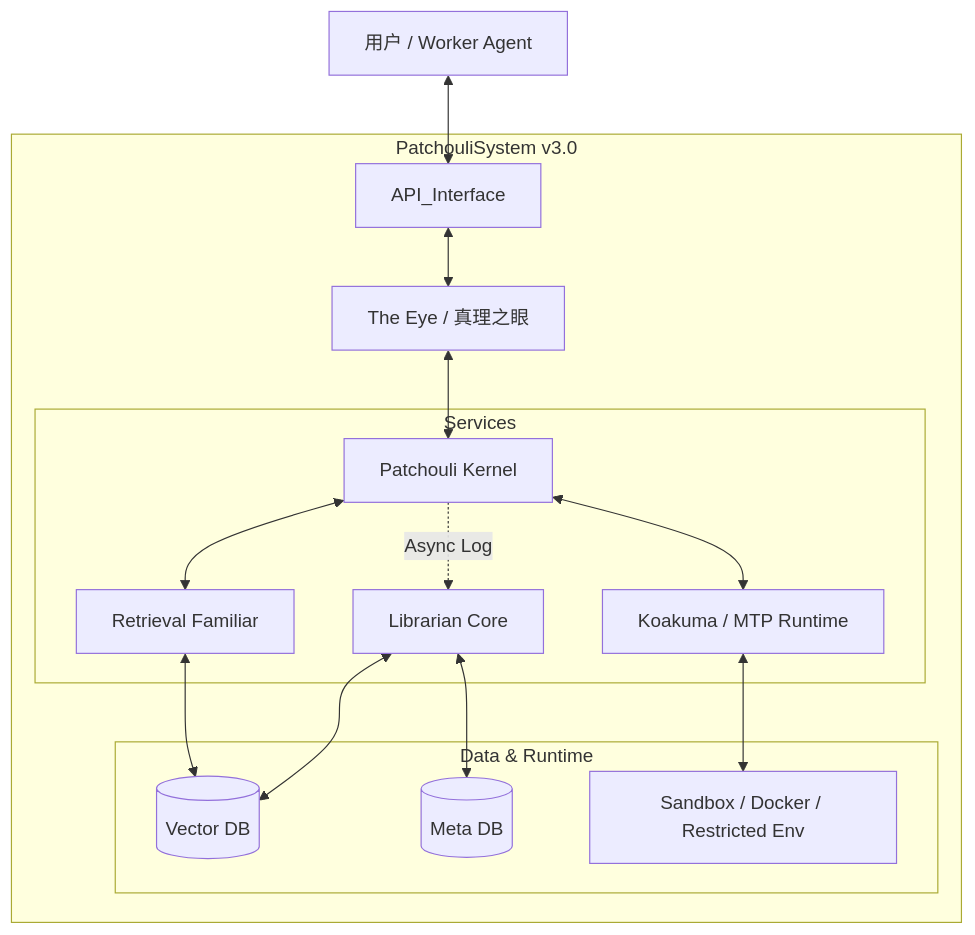
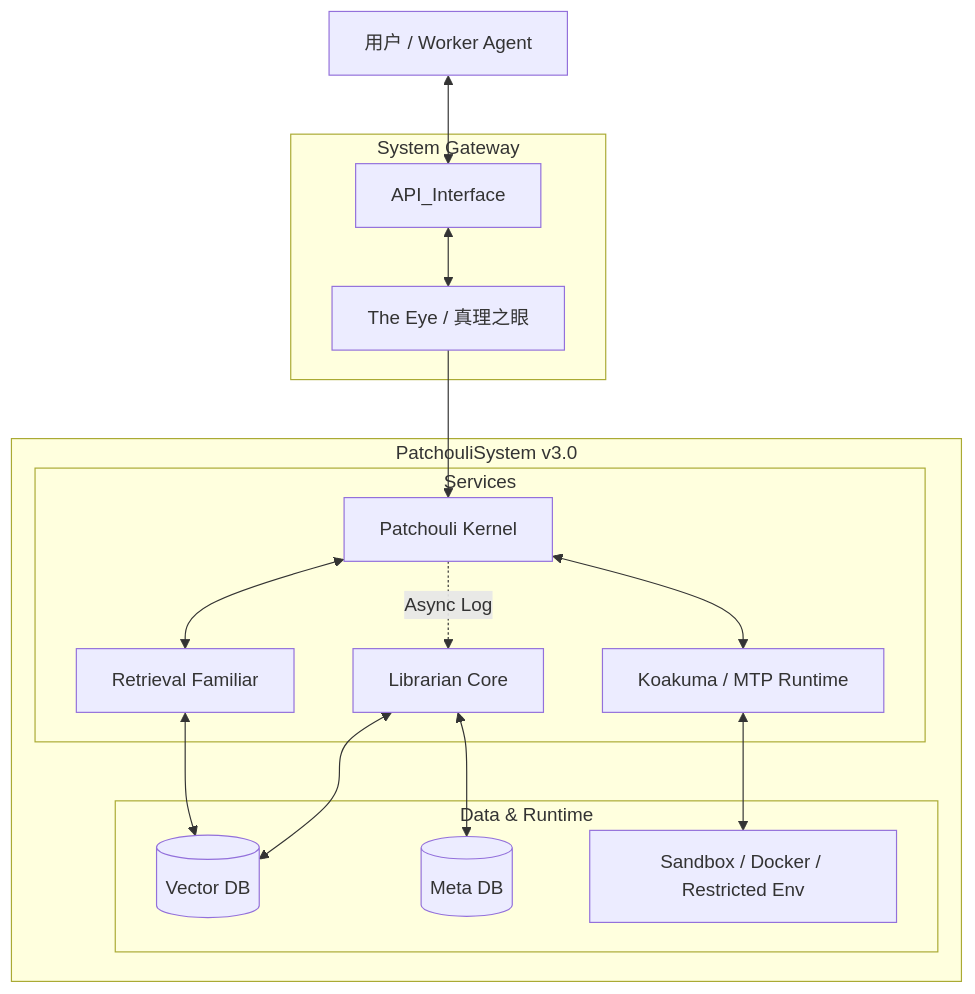
One commit to artemis03976/HiveMemory changed the diagram in docs/architecture/evolution/SystemArchitecture_v3.0.md. Above: the diagram before and after it, drawn with Mermaid. The commit also changed 44 other files, not shown here.

````diff
--- a/docs/architecture/evolution/SystemArchitecture_v3.0.md
+++ b/docs/architecture/evolution/SystemArchitecture_v3.0.md
@@ -117,22 +117,25 @@
 ```mermaid
 graph TD
     UserClient[用户 / Worker Agent] <--> API_Interface
 
+    subgraph "System Gateway"
+        API_Interface <--> TheEye[The Eye / 真理之眼]
+    end
+
     subgraph "PatchouliSystem v3.0"
-        API_Interface <--> TheEye[The Eye / 真理之眼]
-        TheEye <--> Kernel[Patchouli Kernel]
+        TheEye --> Kernel[Patchouli Kernel]
 
         subgraph "Services"
             Kernel <--> Retrieval[Retrieval Familiar]
             Kernel <--> Koakuma[Koakuma / MTP Runtime]
             Kernel -.->|Async Log| Librarian[Librarian Core]
         end
 
         subgraph "Data & Runtime"
             Retrieval <--> Qdrant[(Vector DB)]
             Librarian <--> Qdrant
             Librarian <--> SqlDB[(Meta DB)]
             Koakuma <--> Sandbox[Sandbox / Docker / Restricted Env]
         end
     end
 ```
````
